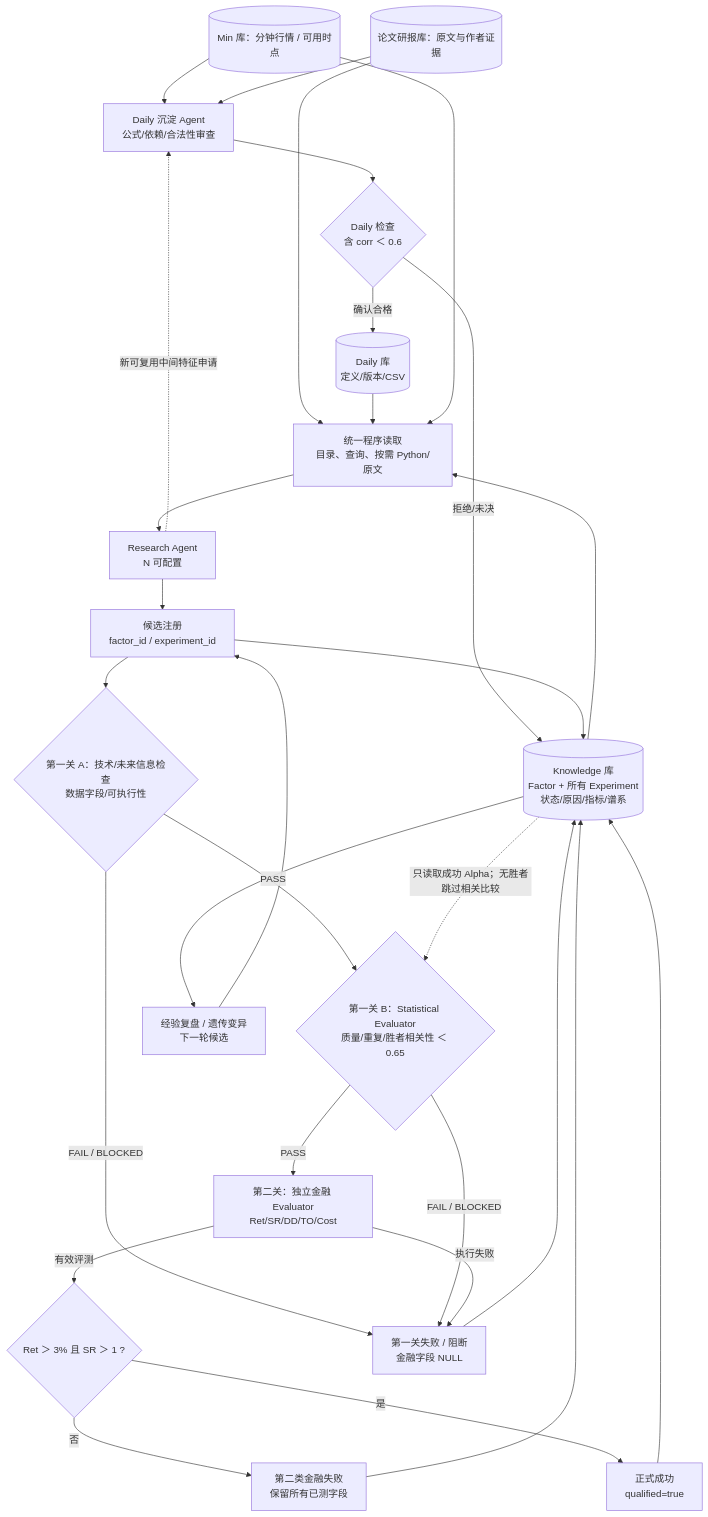
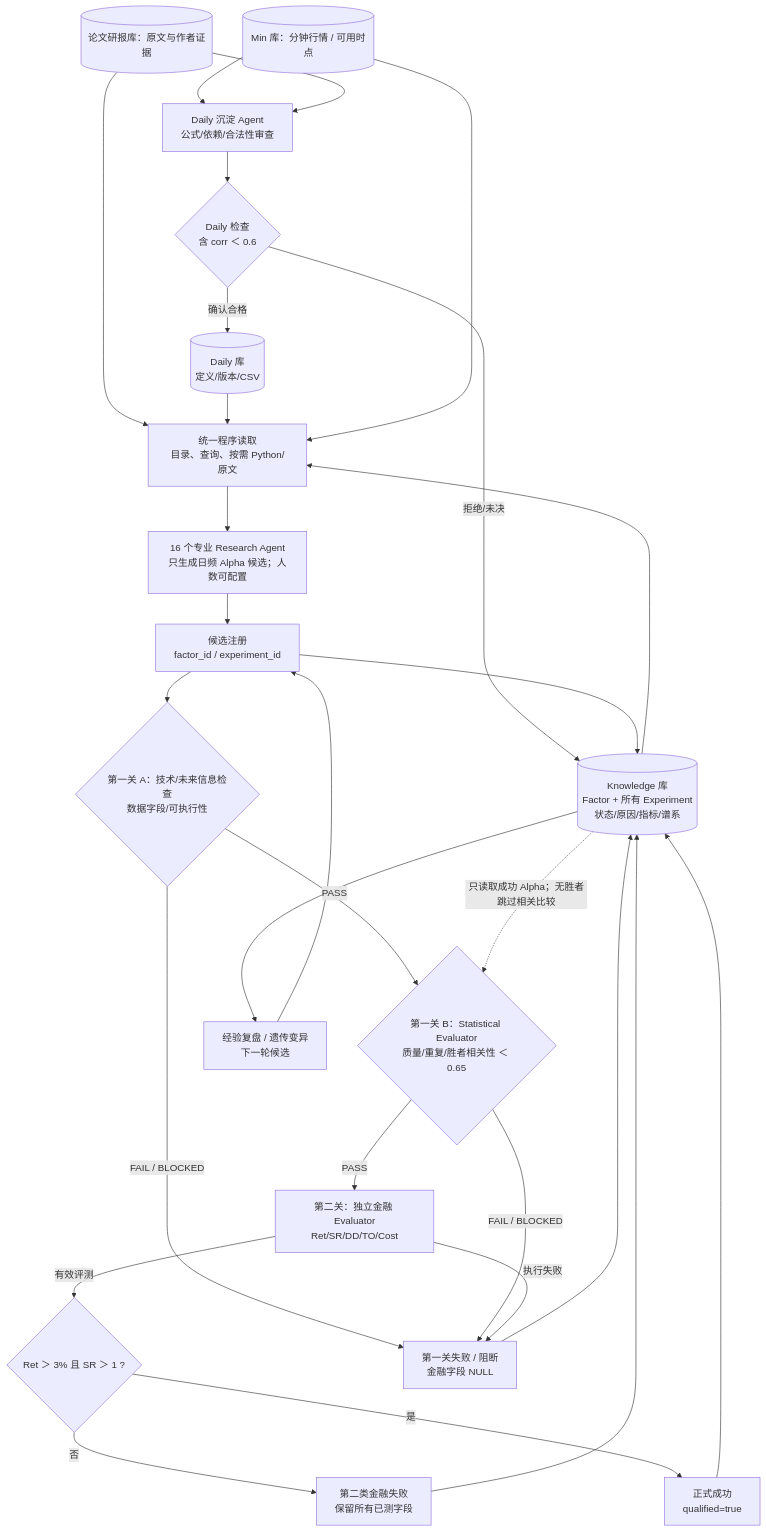
Before and after one commit to epshoron/JXwork: the diagram in shared/architecture/V1.0.1/RESEARCH_LOOP.md, drawn with Mermaid. The commit also changed other lines of this file and 57 other files, not shown here.

Commit message:
Correct Research Agent scope: 16 standalone Alpha-only prompts, Daily Curator separate

````diff
--- a/shared/architecture/V1.0.1/RESEARCH_LOOP.md
+++ b/shared/architecture/V1.0.1/RESEARCH_LOOP.md
@@ -7,48 +7,47 @@
 ```mermaid
 flowchart TD
   MIN[("Min 库：分钟行情 / 可用时点")]
   PAP[("论文研报库：原文与作者证据")]
   CUR["Daily 沉淀 Agent<br/>公式/依赖/合法性审查"]
   DAG{"Daily 检查<br/>含 corr ＜ 0.6"}
   DAILY[("Daily 库<br/>定义/版本/CSV")]
   KNOW[("Knowledge 库<br/>Factor + 所有 Experiment<br/>状态/原因/指标/谱系")]
   READER["统一程序读取<br/>目录、查询、按需 Python/原文"]
-  RA["Research Agent<br/>N 可配置"]
+  RA["16 个专业 Research Agent<br/>只生成日频 Alpha 候选；人数可配置"]
   CAND["候选注册<br/>factor_id / experiment_id"]
   ST{"第一关 A：技术/未来信息检查<br/>数据字段/可执行性"}
   STAT{"第一关 B：Statistical Evaluator<br/>质量/重复/胜者相关性 ＜ 0.65"}
   EVAL["第二关：独立金融 Evaluator<br/>Ret/SR/DD/TO/Cost"]
   GATE{"Ret ＞ 3% 且 SR ＞ 1 ?"}
   FAIL1["第一关失败 / 阻断<br/>金融字段 NULL"]
   FAIL2["第二类金融失败<br/>保留所有已测字段"]
   OK["正式成功<br/>qualified=true"]
   EVOLVE["经验复盘 / 遗传变异<br/>下一轮候选"]
   MIN --> CUR
   PAP --> CUR
   CUR --> DAG
   DAG -->|"确认合格"| DAILY
   DAG -->|"拒绝/未决"| KNOW
   PAP --> READER
   DAILY --> READER
   KNOW --> READER
   MIN --> READER
   READER --> RA
   RA --> CAND
   CAND --> KNOW
   CAND --> ST
   ST -->|"FAIL / BLOCKED"| FAIL1
   ST -->|"PASS"| STAT
   STAT -->|"PASS"| EVAL
   STAT -->|"FAIL / BLOCKED"| FAIL1
   KNOW -.->|"只读取成功 Alpha；无胜者跳过相关比较"| STAT
   EVAL -->|"有效评测"| GATE
   EVAL -->|"执行失败"| FAIL1
   GATE -->|"否"| FAIL2
   GATE -->|"是"| OK
   FAIL1 --> KNOW
   FAIL2 --> KNOW
   OK --> KNOW
   KNOW --> EVOLVE
   EVOLVE --> CAND
-  RA -.->|"新可复用中间特征申请"| CUR
 ```
````
